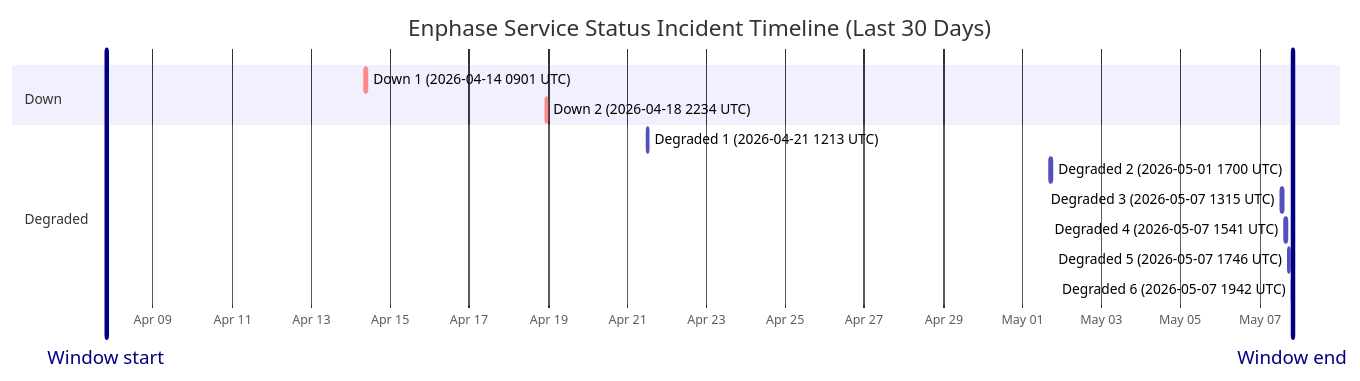
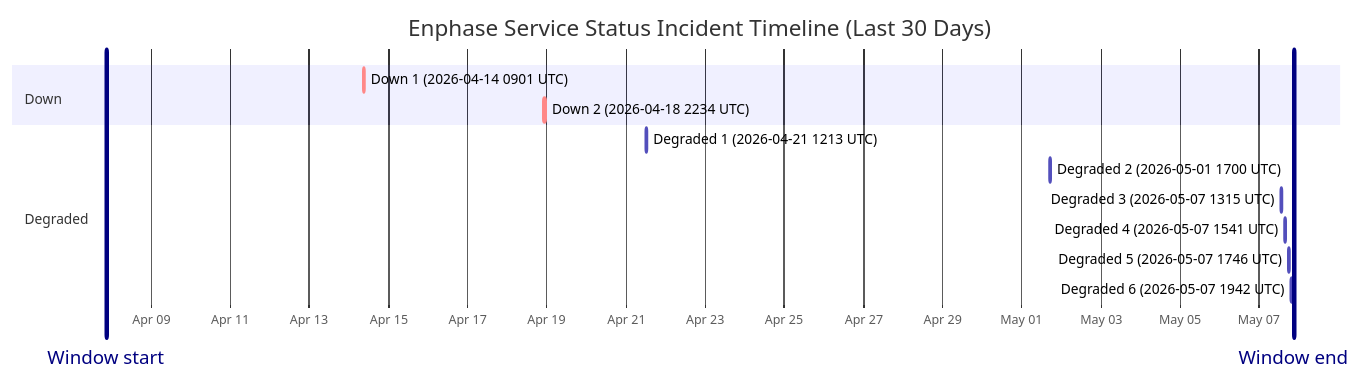
Before and after one commit to barneyonline/ha-enphase-ev-charger: the diagram in wiki/Service-Status-History.md, drawn with Mermaid. The commit also changed other lines of this file and 3 other files, not shown here.

````diff
--- a/wiki/Service-Status-History.md
+++ b/wiki/Service-Status-History.md
@@ -14,18 +14,18 @@
 ```mermaid
 gantt
     title Enphase Service Status Incident Timeline (Last 30 Days)
     dateFormat  YYYY-MM-DDTHH:mm:ss
     axisFormat  %b %d
-    Window start :vert, window-start, 2026-04-07T19:42:10, 0ms
-    Window end :vert, window-end, 2026-05-07T19:42:10, 0ms
+    Window start :vert, window-start, 2026-04-07T21:03:21, 0ms
+    Window end :vert, window-end, 2026-05-07T21:03:21, 0ms
     section Down
     Down 1 (2026-04-14 0901 UTC) :crit, down-1, 2026-04-14T09:01:13, 60m
     Down 2 (2026-04-18 2234 UTC) :crit, down-2, 2026-04-18T22:34:13, 60m
     section Degraded
     Degraded 1 (2026-04-21 1213 UTC) :active, degraded-1, 2026-04-21T12:13:11, 60m
     Degraded 2 (2026-05-01 1700 UTC) :active, degraded-2, 2026-05-01T17:00:22, 60m
     Degraded 3 (2026-05-07 1315 UTC) :active, degraded-3, 2026-05-07T13:15:25, 60m
     Degraded 4 (2026-05-07 1541 UTC) :active, degraded-4, 2026-05-07T15:41:58, 60m
     Degraded 5 (2026-05-07 1746 UTC) :active, degraded-5, 2026-05-07T17:46:51, 60m
-    Degraded 6 (2026-05-07 1942 UTC) :active, degraded-6, 2026-05-07T19:42:10, 60m
+    Degraded 6 (2026-05-07 1942 UTC) :active, degraded-6, 2026-05-07T19:42:10, 81m
 ```
````
